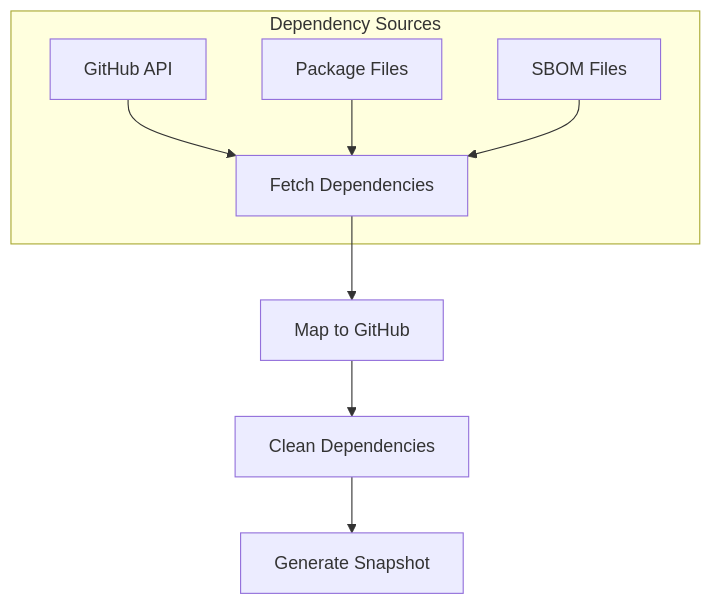
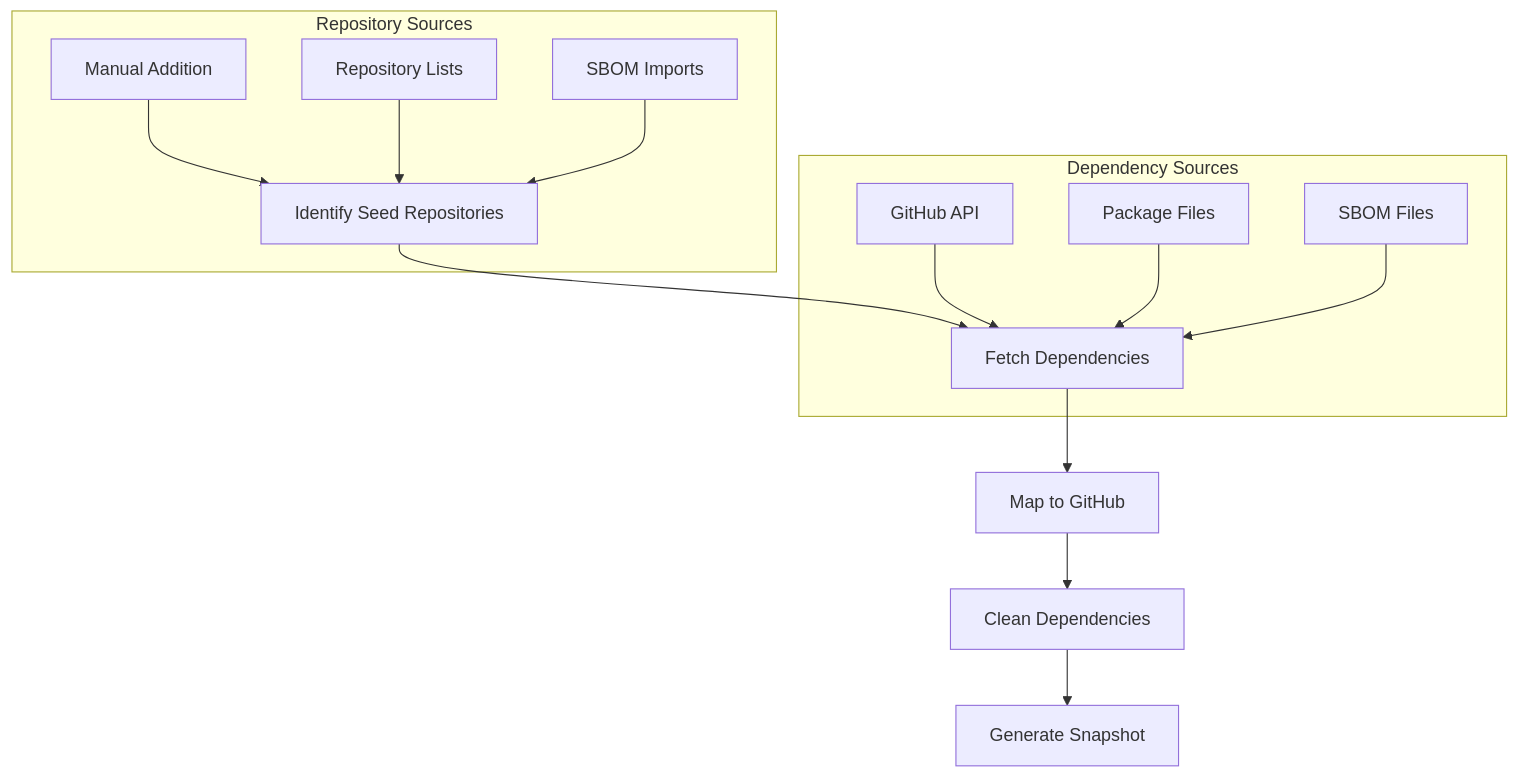
Before and after one commit to opensource-observer/insights: the diagram in experiments/dependency-graph-v2/README.md, drawn with Mermaid. The commit also changed other lines of this file and 24 other files, not shown here.

````diff
--- a/experiments/dependency-graph-v2/README.md
+++ b/experiments/dependency-graph-v2/README.md
@@ -152,12 +153,19 @@
 ```mermaid
 graph TD
-    A[Fetch Dependencies] --> B[Map to GitHub]
+    S[Identify Seed Repositories] --> A[Fetch Dependencies]
+    A --> B[Map to GitHub]
     B --> C[Clean Dependencies]
     C --> D[Generate Snapshot]
+    
+    subgraph "Repository Sources"
+    S1[Manual Addition] --> S
+    S2[Repository Lists] --> S
+    S3[SBOM Imports] --> S
+    end
     
     subgraph "Dependency Sources"
     E[GitHub API] --> A
     F[Package Files] --> A
     G[SBOM Files] --> A
     end
 ```
````
